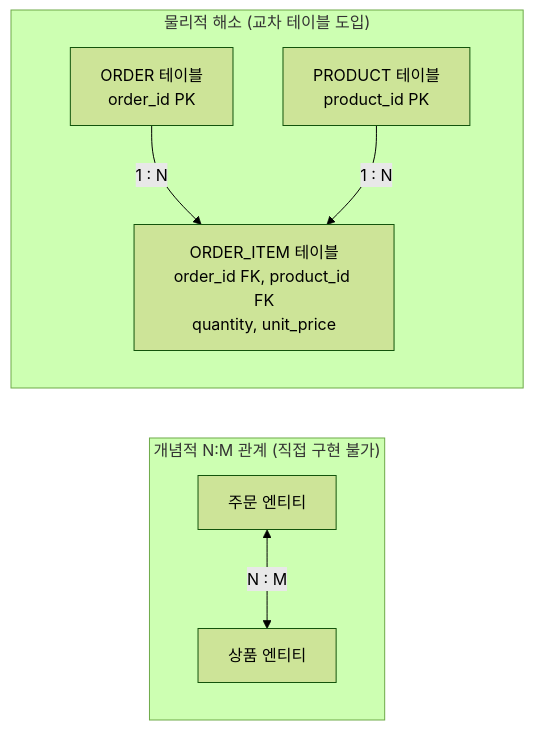
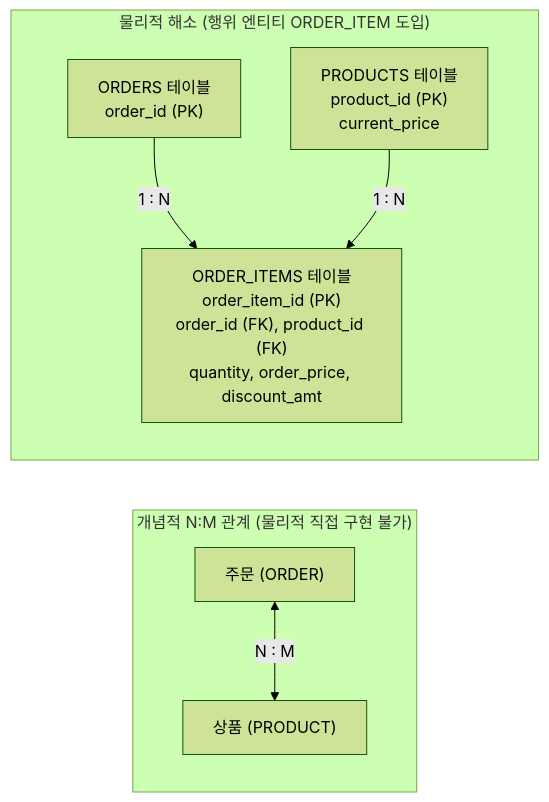
One commit to keimania/tech-notes changed the ninth of 37 diagrams in 07_데이터베이스_기술.md. Above: the diagram before and after it, drawn with Mermaid (forest theme). The commit also changed other lines of this file and 12 other files, not shown here.

````diff
--- a/07_데이터베이스_기술.md
+++ b/07_데이터베이스_기술.md
@@ -262,11 +328,11 @@
 ```mermaid
 flowchart LR
-    subgraph Conceptual["개념적 N:M 관계 (직접 구현 불가)"]
-        Order[주문 엔티티] <-->|N : M| Product[상품 엔티티]
+    subgraph Conceptual["개념적 N:M 관계 (물리적 직접 구현 불가)"]
+        Order["주문 (ORDER)"] <-->|"N : M"| Product["상품 (PRODUCT)"]
     end
 
-    subgraph Physical["물리적 해소 (교차 테이블 도입)"]
-        O[ORDER 테이블<br/>order_id PK] -->|1 : N| OI[ORDER_ITEM 테이블<br/>order_id FK, product_id FK<br/>quantity, unit_price]
-        P[PRODUCT 테이블<br/>product_id PK] -->|1 : N| OI
+    subgraph Physical["물리적 해소 (행위 엔티티 ORDER_ITEM 도입)"]
+        O["ORDERS 테이블<br/>order_id (PK)"] -->|"1 : N"| OI["ORDER_ITEMS 테이블<br/>order_item_id (PK)<br/>order_id (FK), product_id (FK)<br/>quantity, order_price, discount_amt"]
+        P["PRODUCTS 테이블<br/>product_id (PK)<br/>current_price"] -->|"1 : N"| OI
     end
 ```
````
